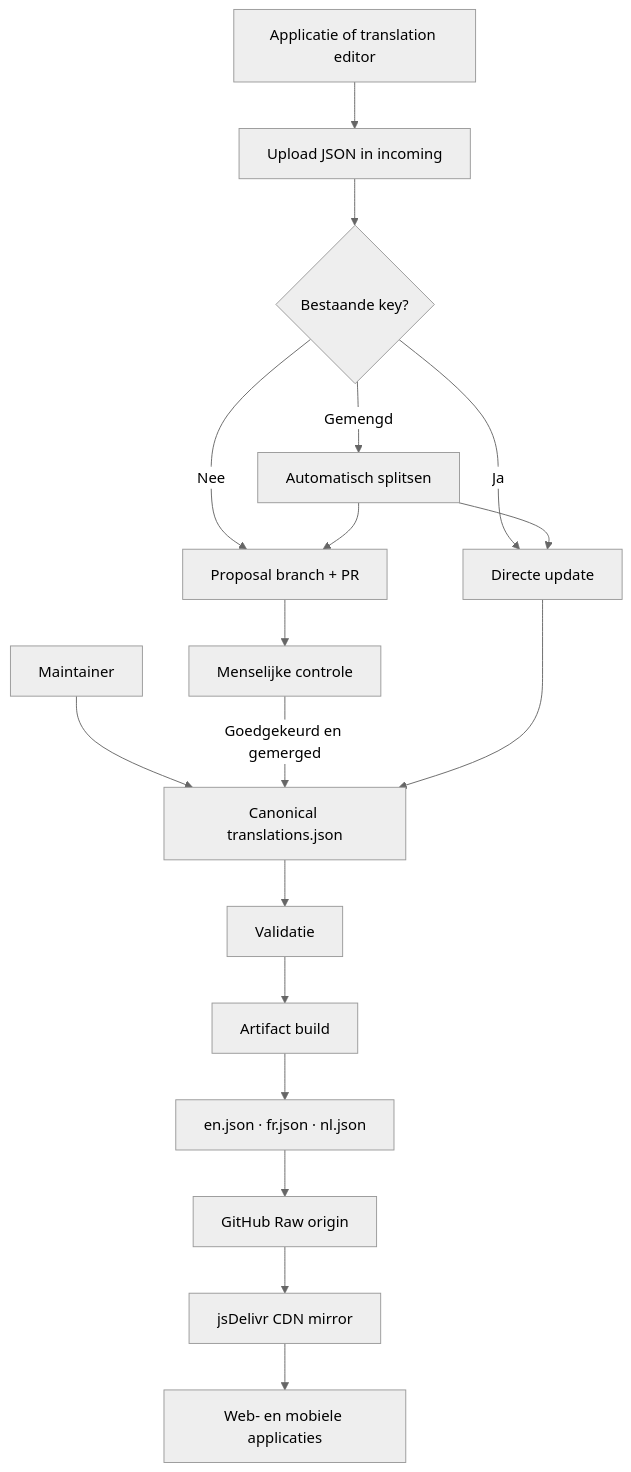
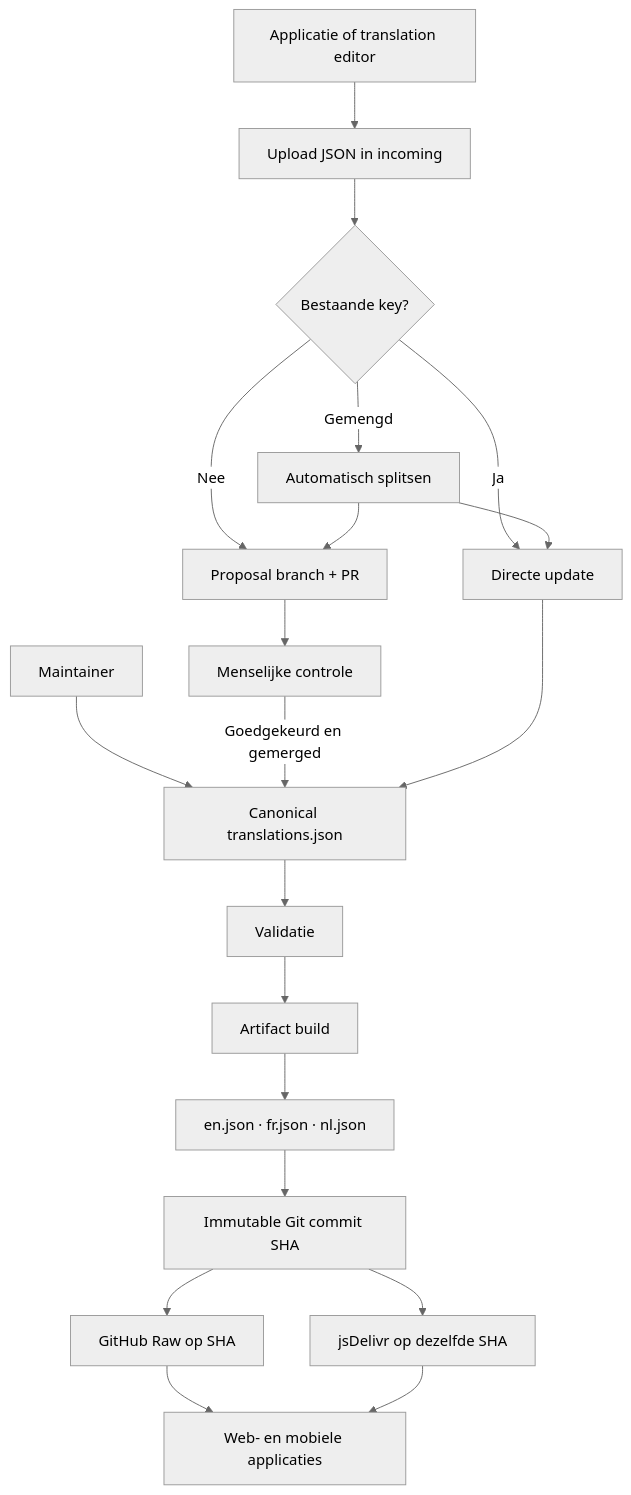
One commit to PRAxISDEVELOPMENT/mypraxis_translation_keys changed the first of 2 diagrams in README.md. Above: the diagram before and after it, drawn with Mermaid (neutral theme). The commit also changed other lines of this file and 12 other files, not shown here.

Commit message:
Use immutable CDN URLs for exact translation delivery

````diff
--- a/README.md
+++ b/README.md
@@ -54,20 +55,22 @@
 ```mermaid
 flowchart TD
     APP[Applicatie of translation editor] --> UPLOAD[Upload JSON in incoming]
     MAINTAINER[Maintainer] --> SOURCE[Canonical translations.json]
     UPLOAD --> ROUTER{Bestaande key?}
     ROUTER -- Ja --> DIRECT[Directe update]
     ROUTER -- Nee --> PROPOSAL[Proposal branch + PR]
     ROUTER -- Gemengd --> SPLIT[Automatisch splitsen]
     SPLIT --> DIRECT
     SPLIT --> PROPOSAL
     PROPOSAL --> REVIEW[Menselijke controle]
     REVIEW -->|Goedgekeurd en gemerged| SOURCE
     DIRECT --> SOURCE
     SOURCE --> VALIDATE[Validatie]
     VALIDATE --> BUILD[Artifact build]
     BUILD --> LOCALES[en.json · fr.json · nl.json]
-    LOCALES --> RAW[GitHub Raw origin]
-    RAW --> CDN[jsDelivr CDN mirror]
-    CDN --> CONSUMERS[Web- en mobiele applicaties]
+    LOCALES --> COMMIT[Immutable Git commit SHA]
+    COMMIT --> RAW[GitHub Raw op SHA]
+    COMMIT --> CDN[jsDelivr op dezelfde SHA]
+    RAW --> CONSUMERS[Web- en mobiele applicaties]
+    CDN --> CONSUMERS
 ```
````
